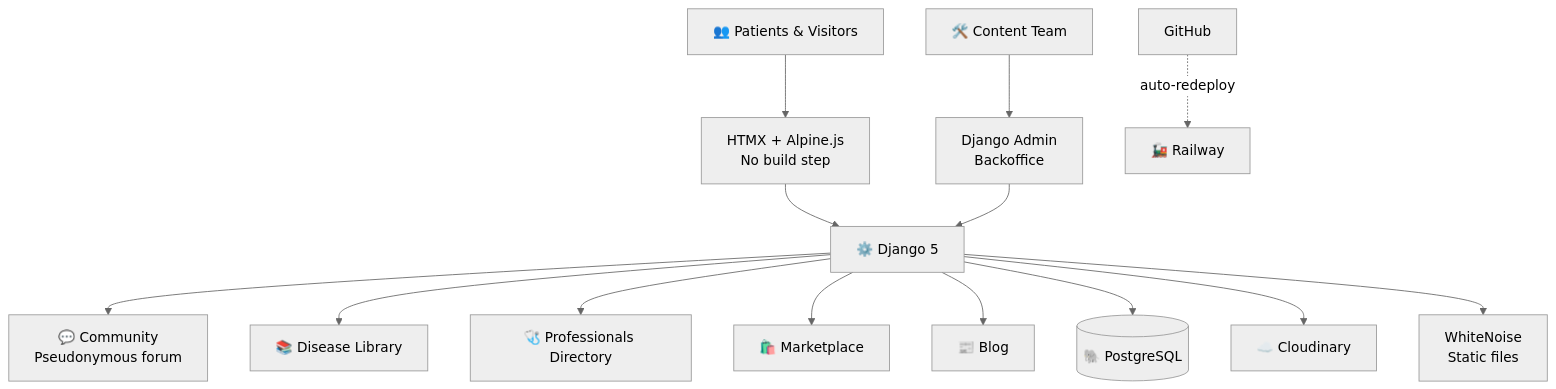
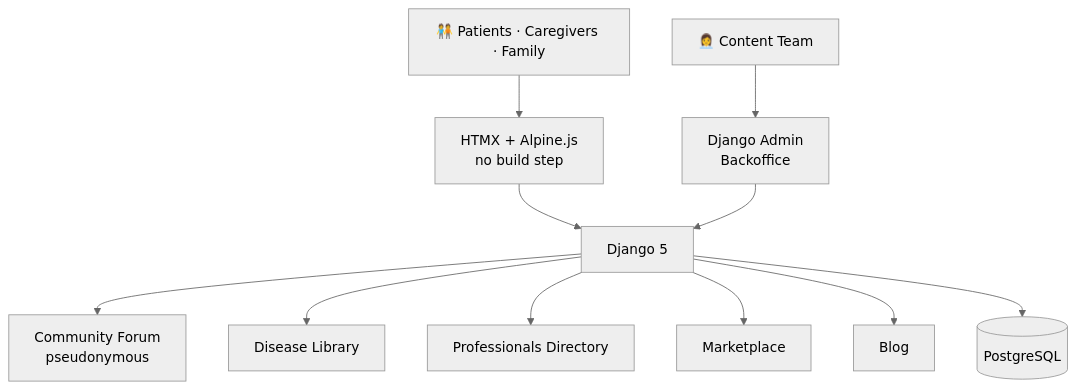
The second of 10 diagrams in README.md (willgouveiaa/willgouveiaa), drawn with Mermaid (neutral theme) before and after one commit. The commit also changed other lines of this file, not shown here.

First line of the commit message:
Revise architecture diagrams and project details

````diff
--- a/README.md
+++ b/README.md
@@ -74,15 +73,13 @@
 ```mermaid
-flowchart TD
-    P["👥 Patients & Visitors"] --> UI["HTMX + Alpine.js<br/>No build step"]
-    UI --> DJ["⚙️ Django 5"]
-    T["🛠️ Content Team"] --> ADM["Django Admin<br/>Backoffice"] --> DJ
-    DJ --> M1["💬 Community<br/>Pseudonymous forum"]
-    DJ --> M2["📚 Disease Library"]
-    DJ --> M3["🩺 Professionals Directory"]
-    DJ --> M4["🛍️ Marketplace"]
-    DJ --> M5["📰 Blog"]
-    DJ --> PG[("🐘 PostgreSQL")]
-    DJ --> CL["☁️ Cloudinary"]
-    DJ --> WN["WhiteNoise<br/>Static files"]
-    GH["GitHub"] -. auto-redeploy .-> RW["🚂 Railway"]
+flowchart TB
+    U["🧑‍🤝‍🧑 Patients · Caregivers · Family"] --> FE["HTMX + Alpine.js<br/>no build step"]
+    T["👩‍💼 Content Team"] --> ADM["Django Admin<br/>Backoffice"]
+    FE --> DJ["Django 5"]
+    ADM --> DJ
+    DJ --> M1["Community Forum<br/>pseudonymous"]
+    DJ --> M2[Disease Library]
+    DJ --> M3[Professionals Directory]
+    DJ --> M4[Marketplace]
+    DJ --> M5[Blog]
+    DJ --> PG[(PostgreSQL)]
 ```
````
